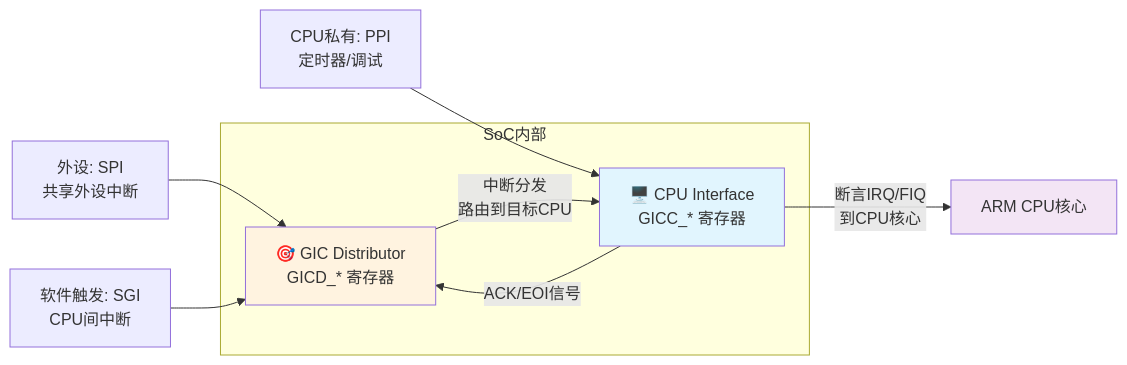
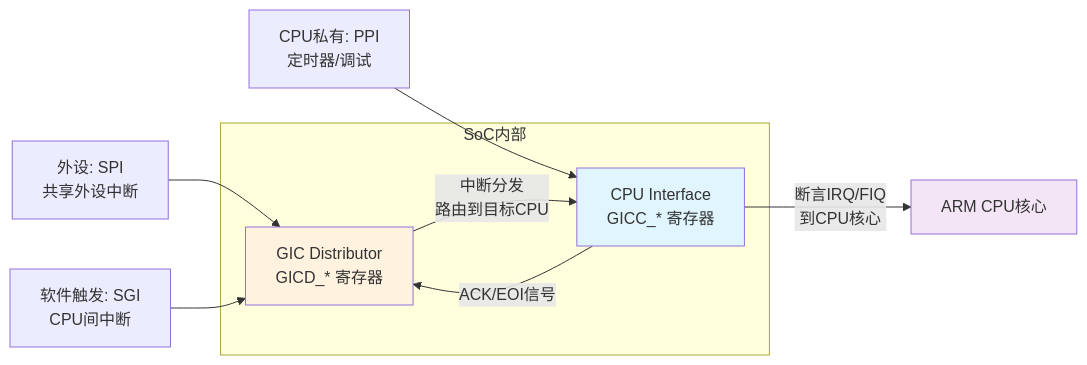
The third of 4 diagrams in docs/02-核心机制深度解析/第10章 中断与时间/10.1.2_ARM64异常与GICv2.md (xiaohong0925/Embedded_Knowledge_System_V2026), drawn with Mermaid before and after one commit. The commit also changed other lines of this file and 65 other files, not shown here.

````diff
--- a/docs/02-核心机制深度解析/第10章 中断与时间/10.1.2_ARM64异常与GICv2.md
+++ b/docs/02-核心机制深度解析/第10章 中断与时间/10.1.2_ARM64异常与GICv2.md
@@ -151,19 +150,19 @@
 ```mermaid
 graph LR
     subgraph "SoC内部"
-        D[🎯 GIC Distributor<br/>GICD_* 寄存器] 
-        CI[🖥️ CPU Interface<br/>GICC_* 寄存器]
+        D[GIC Distributor<br/>GICD_* 寄存器]
+        CI[CPU Interface<br/>GICC_* 寄存器]
     end
-    
+
     SPI[外设: SPI<br/>共享外设中断] --> D
     PPI[CPU私有: PPI<br/>定时器/调试] --> CI
     SGI[软件触发: SGI<br/>CPU间中断] --> D
-    
+
     D --"中断分发<br/>路由到目标CPU"--> CI
     CI --"ACK/EOI信号"--> D
     CI --"断言IRQ/FIQ<br/>到CPU核心"--> CPU[ARM CPU核心]
 
     style D fill:#fff3e0
     style CI fill:#e1f5fe
     style CPU fill:#f3e5f5
 ```
````
